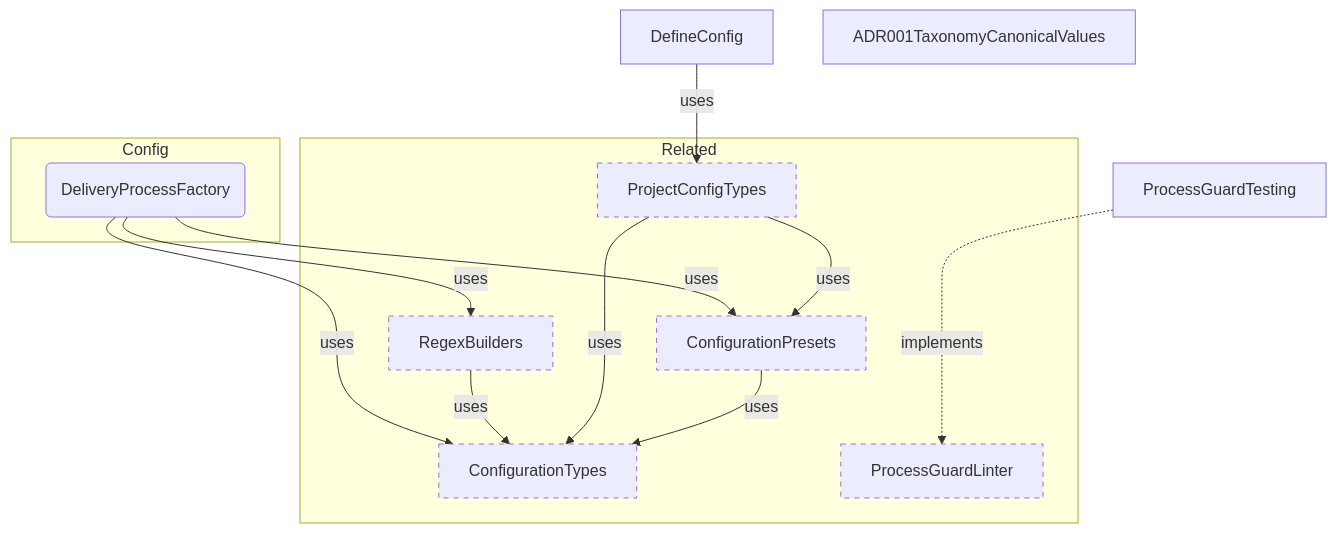
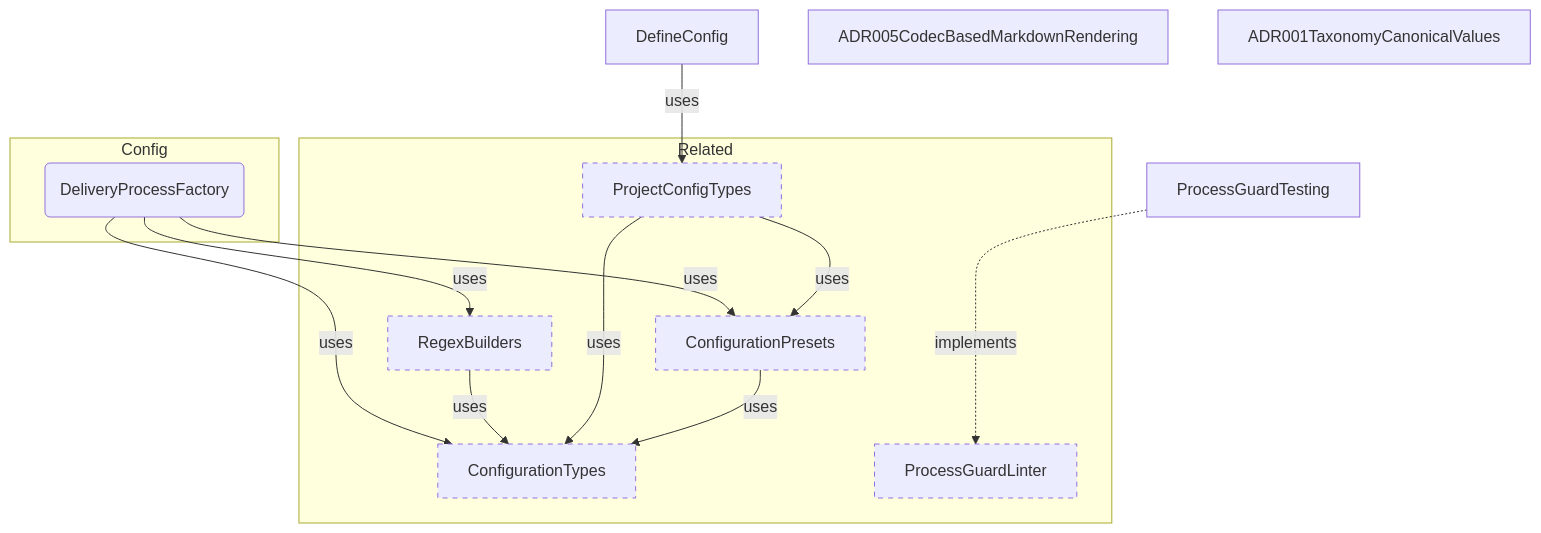
One commit to libar-dev/architect changed the first of 6 diagrams in docs-generated/docs/REFERENCE-SAMPLE.md. Above: the diagram before and after it, drawn with Mermaid. The commit also changed other lines of this file and 75 other files, not shown here.

````diff
--- a/docs-generated/docs/REFERENCE-SAMPLE.md
+++ b/docs-generated/docs/REFERENCE-SAMPLE.md
@@ -117,26 +117,27 @@
 ```mermaid
 graph TB
     subgraph config["Config"]
         DeliveryProcessFactory("DeliveryProcessFactory")
     end
     DefineConfig["DefineConfig"]
+    ADR005CodecBasedMarkdownRendering["ADR005CodecBasedMarkdownRendering"]
     ADR001TaxonomyCanonicalValues["ADR001TaxonomyCanonicalValues"]
     ProcessGuardTesting["ProcessGuardTesting"]
     subgraph related["Related"]
         ConfigurationTypes["ConfigurationTypes"]:::neighbor
         RegexBuilders["RegexBuilders"]:::neighbor
         ProjectConfigTypes["ProjectConfigTypes"]:::neighbor
         ConfigurationPresets["ConfigurationPresets"]:::neighbor
         ProcessGuardLinter["ProcessGuardLinter"]:::neighbor
     end
     DeliveryProcessFactory -->|uses| ConfigurationTypes
     DeliveryProcessFactory -->|uses| ConfigurationPresets
     DeliveryProcessFactory -->|uses| RegexBuilders
     DefineConfig -->|uses| ProjectConfigTypes
     ProcessGuardTesting ..->|implements| ProcessGuardLinter
     RegexBuilders -->|uses| ConfigurationTypes
     ProjectConfigTypes -->|uses| ConfigurationTypes
     ProjectConfigTypes -->|uses| ConfigurationPresets
     ConfigurationPresets -->|uses| ConfigurationTypes
     classDef neighbor stroke-dasharray: 5 5
 ```
````
